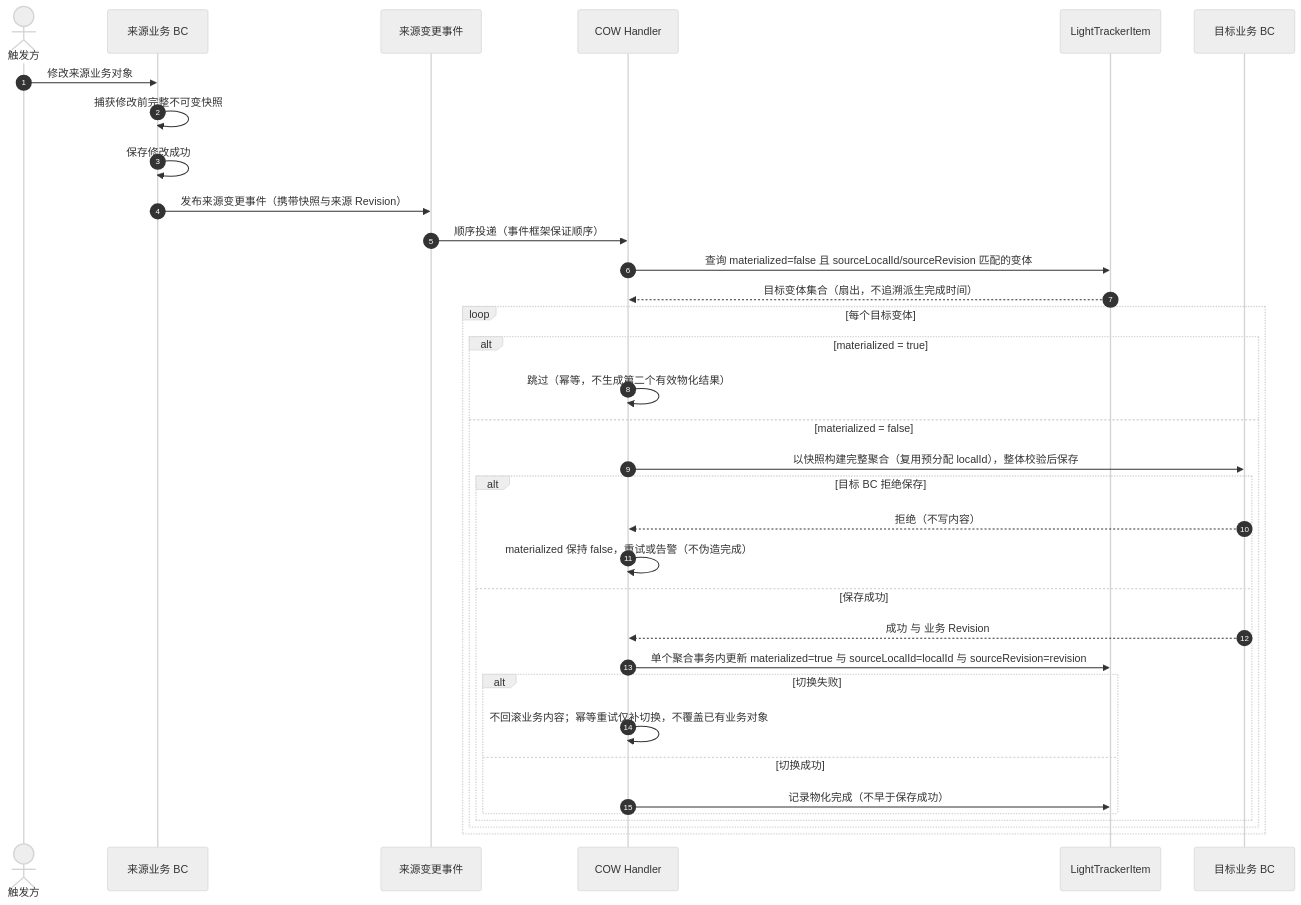
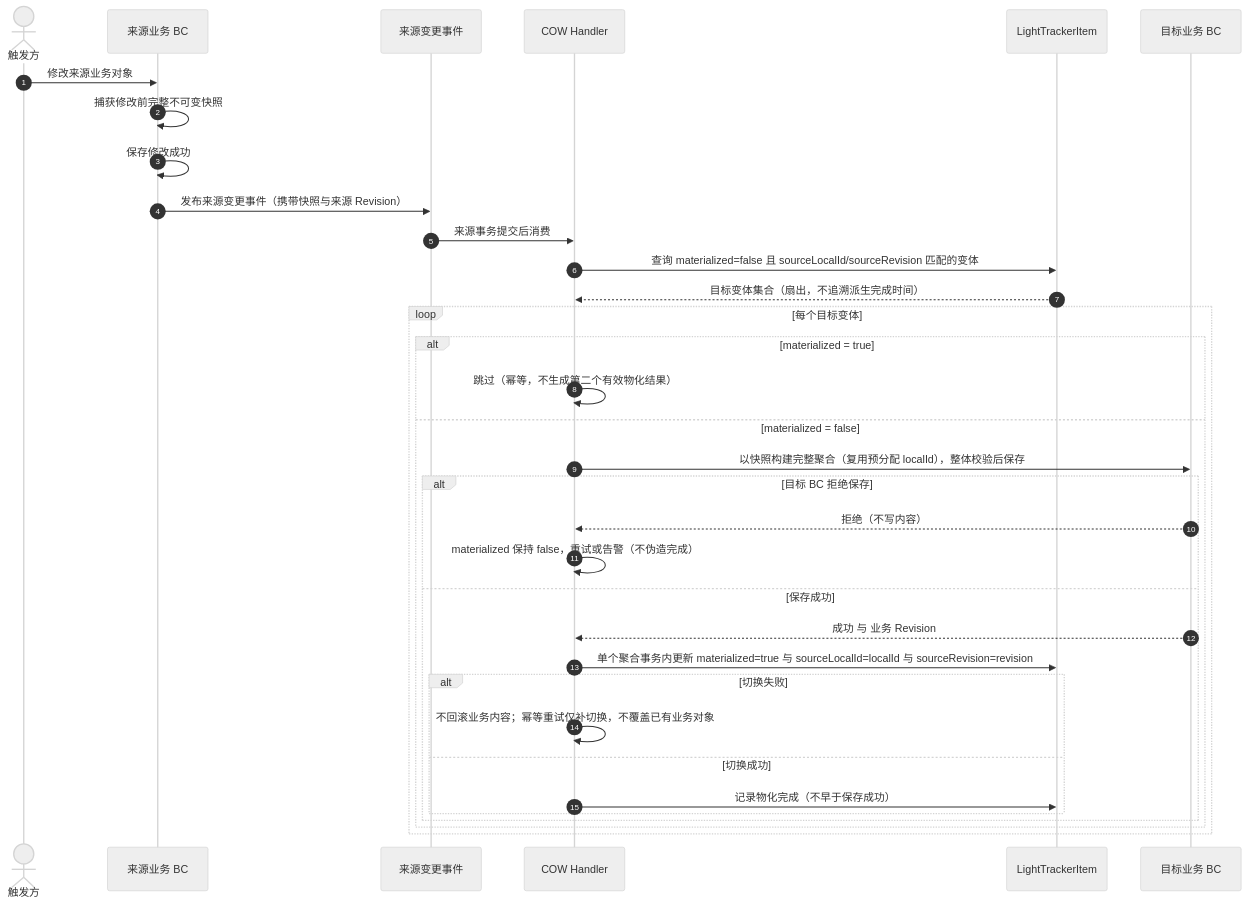
The second of 2 diagrams in docs/working-set/diagrams/lighttrackeritem-materialization.md (Greytrack/ddd-workingset), drawn with Mermaid (neutral theme) before and after one commit. The commit also changed other lines of this file and 20 other files, not shown here.

````diff
--- a/docs/working-set/diagrams/lighttrackeritem-materialization.md
+++ b/docs/working-set/diagrams/lighttrackeritem-materialization.md
@@ -46,39 +46,39 @@
 ```mermaid
 sequenceDiagram
     autonumber
     actor U as 触发方
     participant SRC as 来源业务 BC
     participant EV as 来源变更事件
     participant H as COW Handler
     participant LTI as LightTrackerItem
     participant TBC as 目标业务 BC
 
     U->>SRC: 修改来源业务对象
     SRC->>SRC: 捕获修改前完整不可变快照
     SRC->>SRC: 保存修改成功
     SRC->>EV: 发布来源变更事件（携带快照与来源 Revision）
-    EV->>H: 顺序投递（事件框架保证顺序）
+    EV->>H: 来源事务提交后消费
 
     H->>LTI: 查询 materialized=false 且 sourceLocalId/sourceRevision 匹配的变体
     LTI-->>H: 目标变体集合（扇出，不追溯派生完成时间）
 
     loop 每个目标变体
         alt materialized = true
             H->>H: 跳过（幂等，不生成第二个有效物化结果）
         else materialized = false
             H->>TBC: 以快照构建完整聚合（复用预分配 localId），整体校验后保存
             alt 目标 BC 拒绝保存
                 TBC-->>H: 拒绝（不写内容）
                 H->>H: materialized 保持 false，重试或告警（不伪造完成）
             else 保存成功
                 TBC-->>H: 成功 与 业务 Revision
                 H->>LTI: 单个聚合事务内更新 materialized=true 与 sourceLocalId=localId 与 sourceRevision=revision
                 alt 切换失败
                     H->>H: 不回滚业务内容；幂等重试仅补切换，不覆盖已有业务对象
                 else 切换成功
                     H->>LTI: 记录物化完成（不早于保存成功）
                 end
             end
         end
     end
 ```
````
